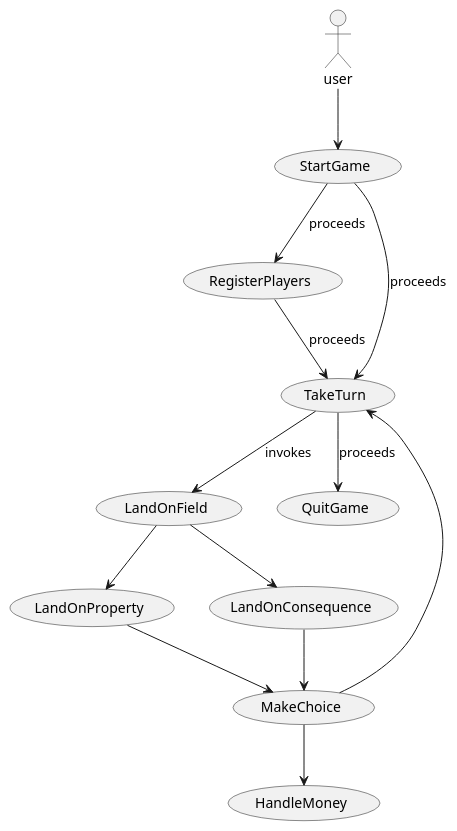
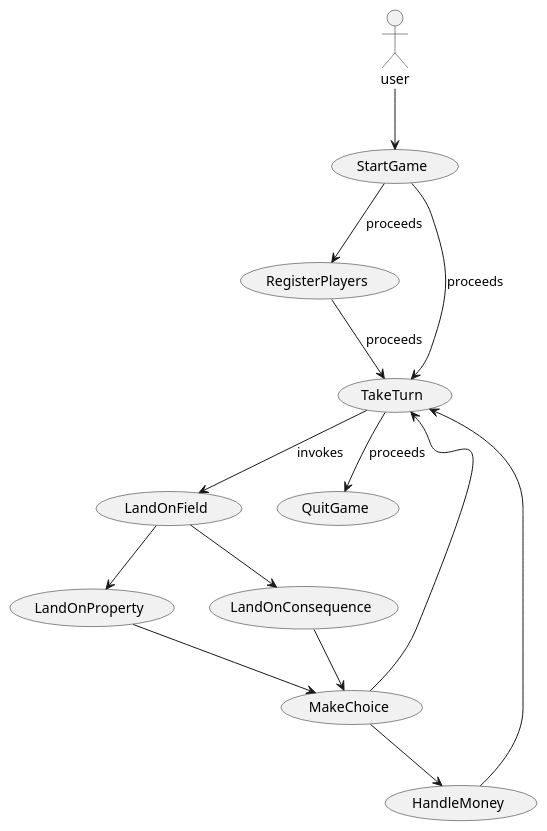
One commit to tessG/E2021Matador changed the diagram in src/usecase diagram.puml. Above: the diagram before and after it, drawn with PlantUML. The commit also changed 16 other files, not shown here.

```diff
--- a/src/usecase diagram.puml
+++ b/src/usecase diagram.puml
@@ -1,36 +1,37 @@
 @startuml
 actor user as u
 
   usecase "StartGame" as UCA1
   usecase "RegisterPlayers" as UCA2
 
 
 
   usecase "TakeTurn" as UC1
   usecase "LandOnField" as UC2
 
   usecase "LandOnProperty" as UC4
   usecase "LandOnConsequence" as UC5
   usecase "MakeChoice" as UC6
   usecase "HandleMoney" as UC7
  usecase "QuitGame" as UC8
 
 u --> (UCA1)
 (UCA1) --> (UC1) : proceeds
 (UCA1) --> (UCA2) : proceeds
 (UCA2) --> (UC1) : proceeds
 
 (UC1) --> (UC2) : invokes
-
+(UC1) --> (UC8) : proceeds
 
 (UC2) --> (UC4)
 (UC2) --> (UC5)
 
 (UC4) --> (UC6)
 (UC5) --> (UC6)
 
 (UC6) --> (UC1)
 (UC6) --> (UC7)
-(UC1) --> (UC8) : proceeds
+(UC7) --> (UC1)
+
 
 @enduml
```
